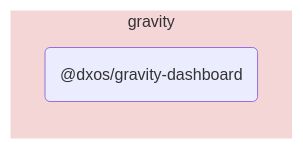
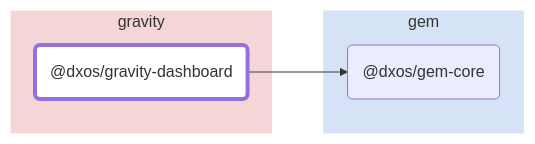
The diagram in packages/gravity/gravity-dashboard/docs/README.md (dxos/dxos), drawn with Mermaid before and after one commit. The commit also changed other lines of this file and 88 other files, not shown here.

````diff
--- a/packages/gravity/gravity-dashboard/docs/README.md
+++ b/packages/gravity/gravity-dashboard/docs/README.md
@@ -5,9 +7,19 @@
 ```mermaid
 flowchart LR;
+
+style dxos/gravity-dashboard fill:#fff,stroke-width:4px;
+
+click dxos/gem-core "https:/github.com/dxos/dxos/tree/main/packages/gem/gem-core/docs";
 
 subgraph gravity
   style gravity fill:#f5d6d7,stroke:#fff;
   dxos/gravity-dashboard("@dxos/gravity-dashboard");
 end
 
+subgraph gem
+  style gem fill:#d6e2f5,stroke:#fff;
+  dxos/gem-core("@dxos/gem-core");
+end
+
+dxos/gravity-dashboard --> dxos/gem-core;
 ```
````
